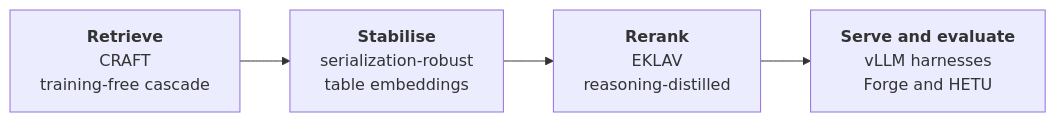
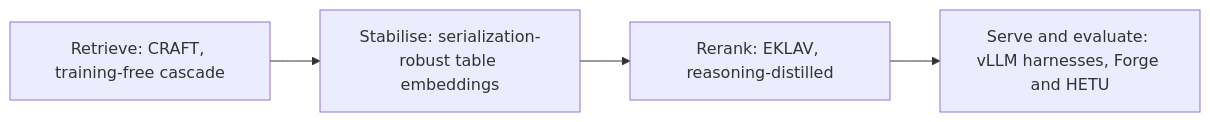
One commit to AdarshSingh7647/AdarshSingh7647 changed the diagram in README.md. Above: the diagram before and after it, drawn with Mermaid.

Commit message:
Use plain-text labels in the flow diagram
The HTML tags in the Mermaid node labels did not render on the live
profile (GitHub showed "Unable to render rich display"). Plain labels
render on any Mermaid version.

````diff
--- a/README.md
+++ b/README.md
@@ -79,6 +79,6 @@
 ```mermaid
 flowchart LR
-    A["<b>Retrieve</b><br/>CRAFT<br/>training-free cascade"] --> B["<b>Stabilise</b><br/>serialization-robust<br/>table embeddings"]
-    B --> C["<b>Rerank</b><br/>EKLAV<br/>reasoning-distilled"]
-    C --> D["<b>Serve and evaluate</b><br/>vLLM harnesses<br/>Forge and HETU"]
+    A["Retrieve: CRAFT, training-free cascade"] --> B["Stabilise: serialization-robust table embeddings"]
+    B --> C["Rerank: EKLAV, reasoning-distilled"]
+    C --> D["Serve and evaluate: vLLM harnesses, Forge and HETU"]
 ```
````
